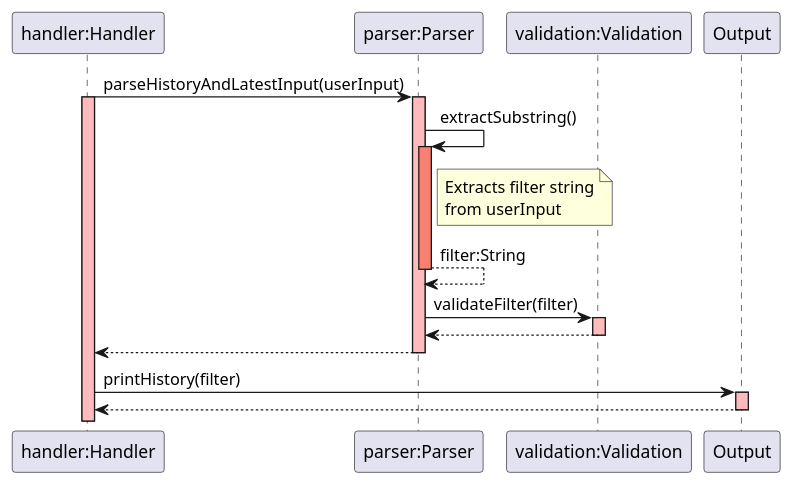
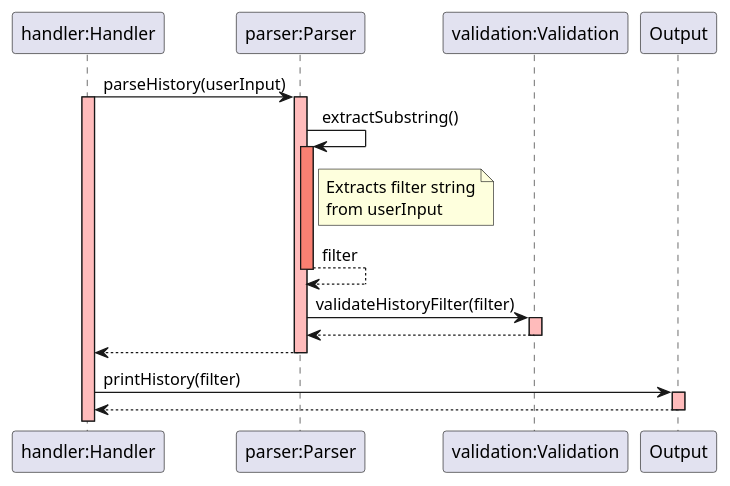
One commit to rouvinerh/tp changed the diagram in docs/puml/sequence_diagrams/history_sequence.puml. Above: the diagram before and after it, drawn with PlantUML. The commit also changed 8 other files, not shown here.

Commit message:
update diagrams, check dg until add run

```diff
--- a/docs/puml/sequence_diagrams/history_sequence.puml
+++ b/docs/puml/sequence_diagrams/history_sequence.puml
@@ -1,28 +1,28 @@
 @startuml
 skinparam sequenceReferenceBackgroundColor lightblue
 participant "handler:Handler" as Handler
 participant "parser:Parser" as Parser
 participant "validation:Validation" as Validation
 
 
-Handler -> Parser: parseHistoryAndLatestInput(userInput)
+Handler -> Parser: parseHistory(userInput)
 activate Handler #FFBBBB
 activate Parser #FFBBBB
 
     Parser -> Parser: extractSubstring() 
     note right of Parser: Extracts filter string\nfrom userInput
     activate Parser #Salmon
-    Parser --> Parser: filter:String
+    Parser --> Parser: filter
     deactivate Parser #Salmon
 
-    Parser -> Validation: validateFilter(filter) 
+    Parser -> Validation: validateHistoryFilter(filter) 
     activate Validation #FFBBBB
     Validation --> Parser: 
     deactivate Validation #FFBBBB
     Parser --> Handler
 deactivate Parser
 Handler -> Output : printHistory(filter)
 activate Output #FFBBBB
 Output --> Handler
 deactivate Output
 @enduml
```
